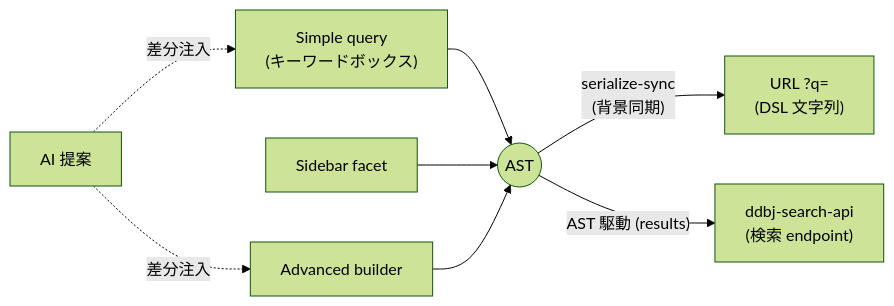
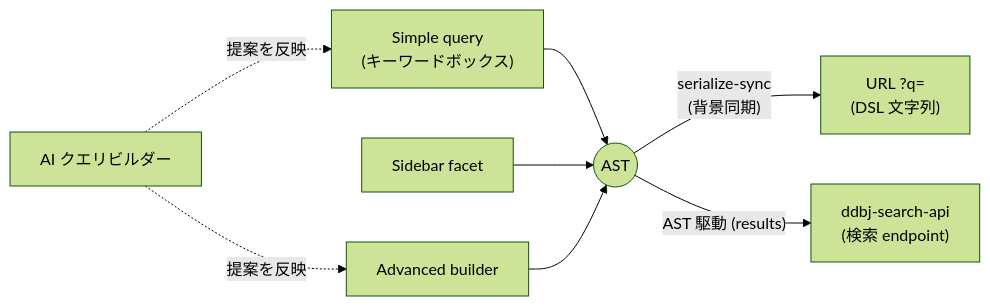
Before and after one commit to ddbj/db-portal: the second of 4 diagrams in docs/search.md, drawn with Mermaid (forest theme). The commit also changed other lines of this file and 15 other files, not shown here.

````diff
--- a/docs/search.md
+++ b/docs/search.md
@@ -28,18 +28,18 @@
 ```mermaid
 flowchart LR
   Simple["Simple query<br/>(キーワードボックス)"]
   Sidebar["Sidebar facet"]
   Advanced["Advanced builder"]
-  AI["AI 提案"]
+  AI["AI クエリビルダー"]
   AST(("AST"))
   URL["URL ?q=<br/>(DSL 文字列)"]
   API["ddbj-search-api<br/>(検索 endpoint)"]
 
   Simple --> AST
   Sidebar --> AST
   Advanced --> AST
-  AI -. "差分注入" .-> Simple
-  AI -. "差分注入" .-> Advanced
+  AI -. "提案を反映" .-> Simple
+  AI -. "提案を反映" .-> Advanced
   AST -- "serialize-sync<br/>(背景同期)" --> URL
   AST -- "AST 駆動 (results)" --> API
 ```
````
